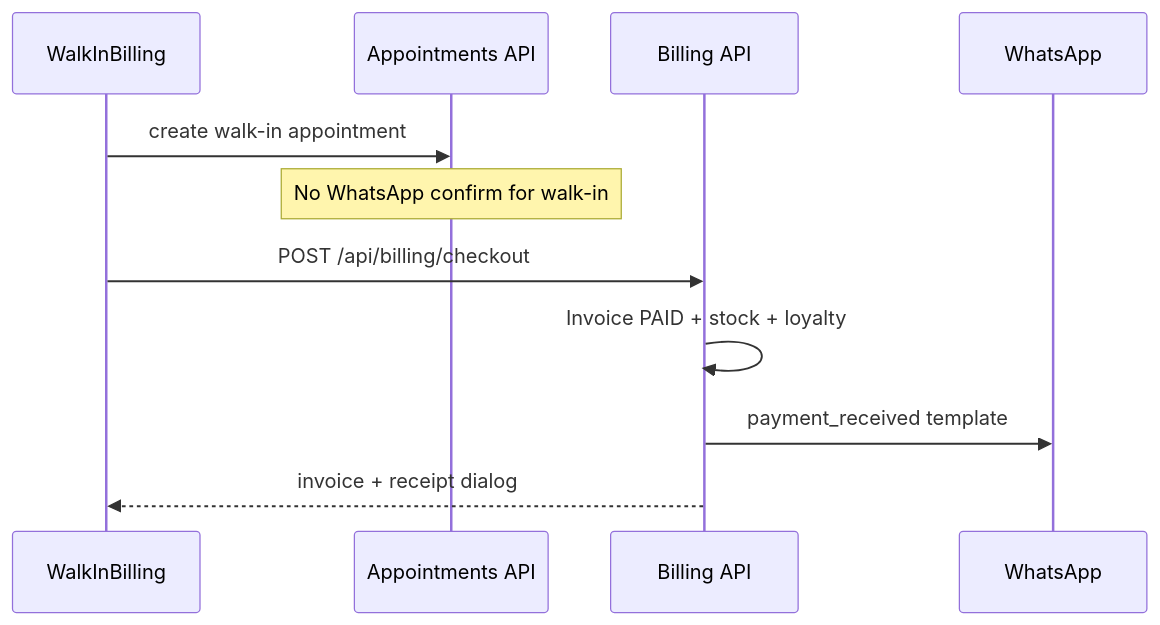
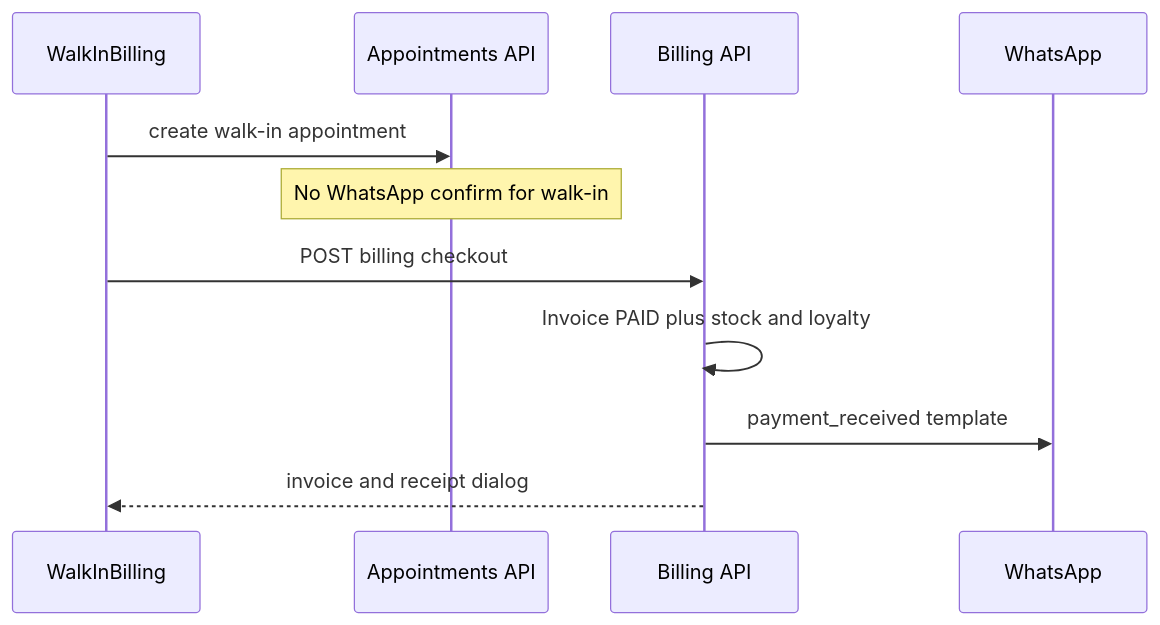
Before and after one commit to MetaForge-IT/BillVyapp-Production: the eighth of 9 diagrams in ARCHITECTURE.md, drawn with Mermaid. The commit also changed other lines of this file and 1 other file, not shown here.

Commit message:
docs: add V1 architecture and GitHub README landing page fixed the rich display

````diff
--- a/ARCHITECTURE.md
+++ b/ARCHITECTURE.md
@@ -466,14 +475,14 @@
 ```mermaid
 sequenceDiagram
   participant UI as WalkInBilling
   participant Appt as Appointments API
   participant Bill as Billing API
   participant WA as WhatsApp
 
   UI->>Appt: create walk-in appointment
   Note over Appt: No WhatsApp confirm for walk-in
-  UI->>Bill: POST /api/billing/checkout
-  Bill->>Bill: Invoice PAID + stock + loyalty
+  UI->>Bill: POST billing checkout
+  Bill->>Bill: Invoice PAID plus stock and loyalty
   Bill->>WA: payment_received template
-  Bill-->>UI: invoice + receipt dialog
+  Bill-->>UI: invoice and receipt dialog
 ```
````
